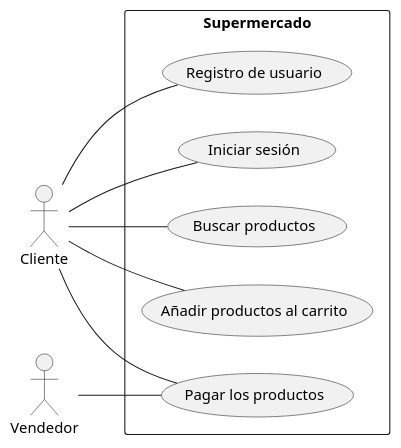
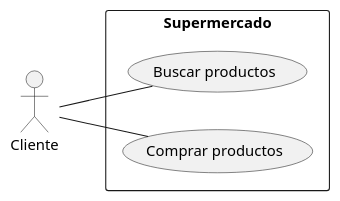
Before and after one commit to mramiroz/Proyecto-Julian: the diagram in docs/analisis/Caso.md, drawn with PlantUML. The commit also changed other lines of this file and 1 other file, not shown here.

Commit message:
Corregidos Caso y Diagrama

```diff
--- a/docs/analisis/Caso.md
+++ b/docs/analisis/Caso.md
@@ -1,21 +1,13 @@
 @startuml
 left to right direction
 :Cliente: as CL
-:Vendedor: as V
 
 rectangle Supermercado {
-    usecase "Registro de usuario" as UC1
-    usecase "Iniciar sesión" as UC2
-    usecase "Buscar productos" as UC3
-    usecase "Añadir productos al carrito" as UC4
-    usecase "Pagar los productos" as UC5
+    usecase "Buscar productos" as UC1
+    usecase "Comprar productos" as UC2
 }
 
 CL -- UC1
 CL -- UC2
-CL -- UC3
-CL -- UC4
-CL -- UC5
-V -- UC5
 
 @enduml
```
